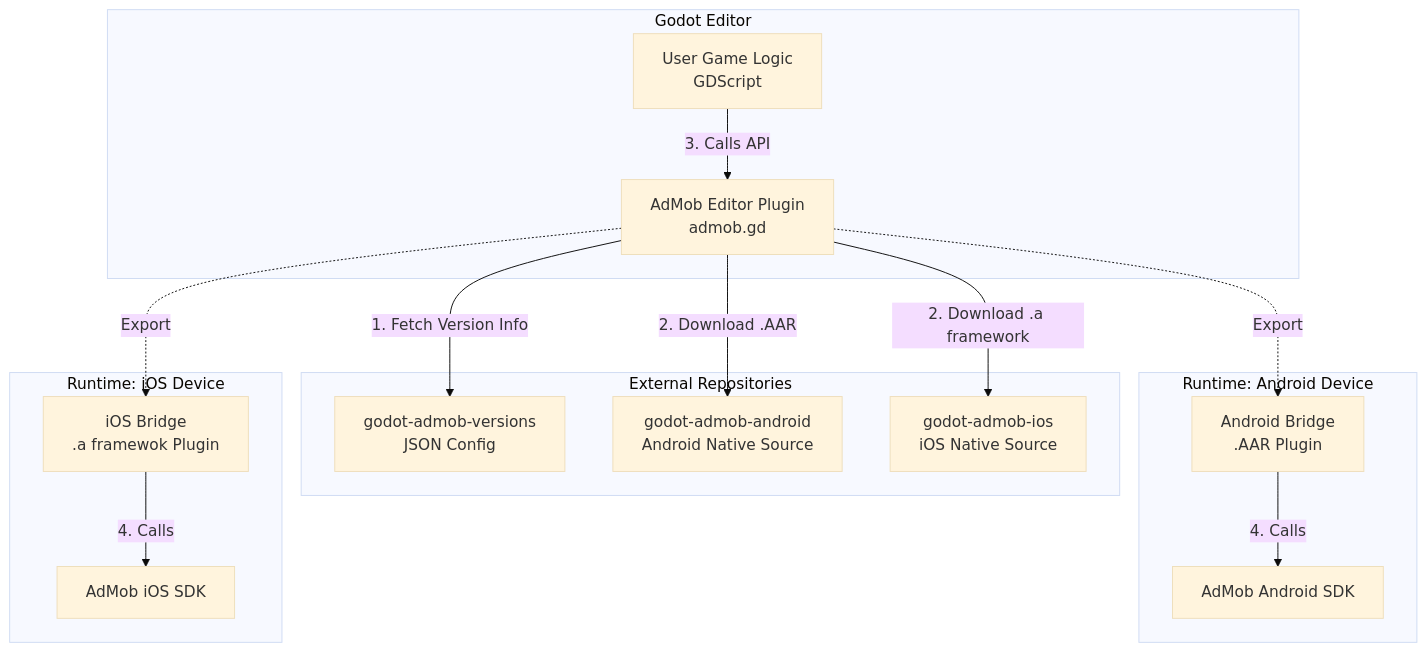
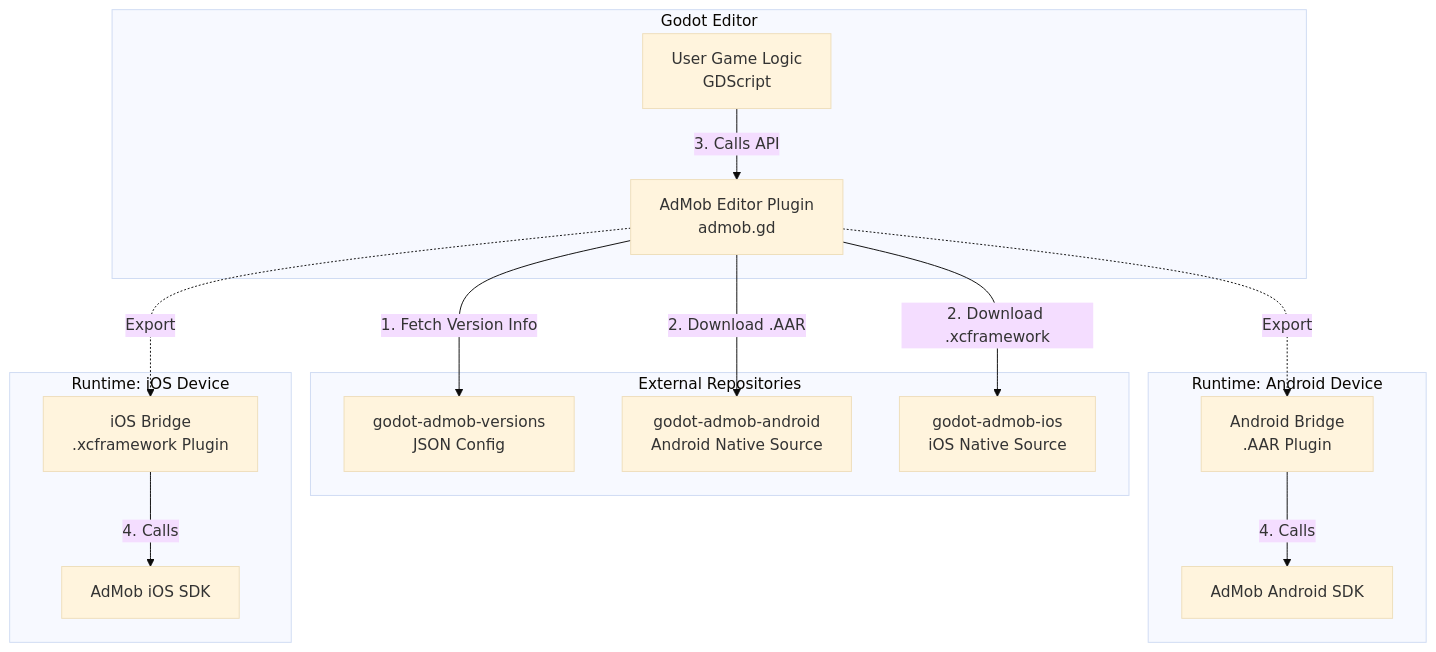
One commit to poingstudios/godot-admob-plugin changed the diagram in addons/admob/docs/architecture/general.md. Above: the diagram before and after it, drawn with Mermaid (base theme). The commit also changed 1 other file, not shown here.

Commit message:
feat: document automated iOS dependency management with .xcframework and unify plugin lifecycle documentation for both platforms.

````diff
--- a/addons/admob/docs/architecture/general.md
+++ b/addons/admob/docs/architecture/general.md
@@ -9,38 +9,38 @@
 ```mermaid
 graph TD
 	subgraph External [External Repositories]
 		Versions[godot-admob-versions<br/>JSON Config]
 		RepoAndroid[godot-admob-android<br/>Android Native Source]
 		RepoiOS[godot-admob-ios<br/>iOS Native Source]
 	end
 
 	subgraph Editor [Godot Editor]
 		UserLogic[User Game Logic<br/>GDScript]
 		Plugin[AdMob Editor Plugin<br/>admob.gd]
 	end
 
 	subgraph Runtime_Android [Runtime: Android Device]
 		AndroidBridge[Android Bridge<br/>.AAR Plugin]
 		AndroidSDK[AdMob Android SDK]
 	end
 
 	subgraph Runtime_iOS [Runtime: iOS Device]
-		iOSBridge[iOS Bridge<br/>.a framewok Plugin]
+		iOSBridge[iOS Bridge<br/>.xcframework Plugin]
 		iOSSDK[AdMob iOS SDK]
 	end
 
 	%% Editor Flow
 	Plugin -- 1. Fetch Version Info --> Versions
 	Plugin -- 2. Download .AAR --> RepoAndroid
-	Plugin -- 2. Download .a framework --> RepoiOS
+	Plugin -- 2. Download .xcframework --> RepoiOS
 	
 	%% Game Logic Flow
 	UserLogic -- 3. Calls API --> Plugin
 	
 	%% Export/Runtime Flow
 	Plugin -.->|Export| AndroidBridge
 	Plugin -.->|Export| iOSBridge
 	
 	AndroidBridge -- 4. Calls --> AndroidSDK
 	iOSBridge -- 4. Calls --> iOSSDK
 ```
````
